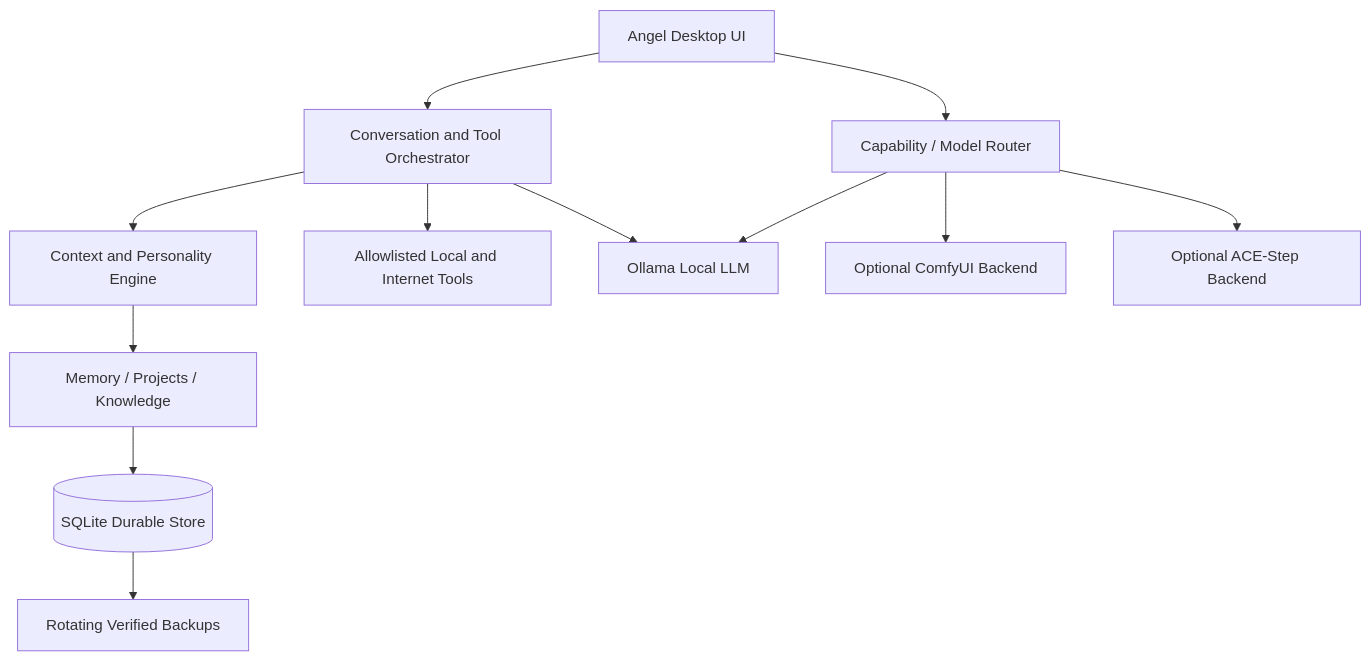
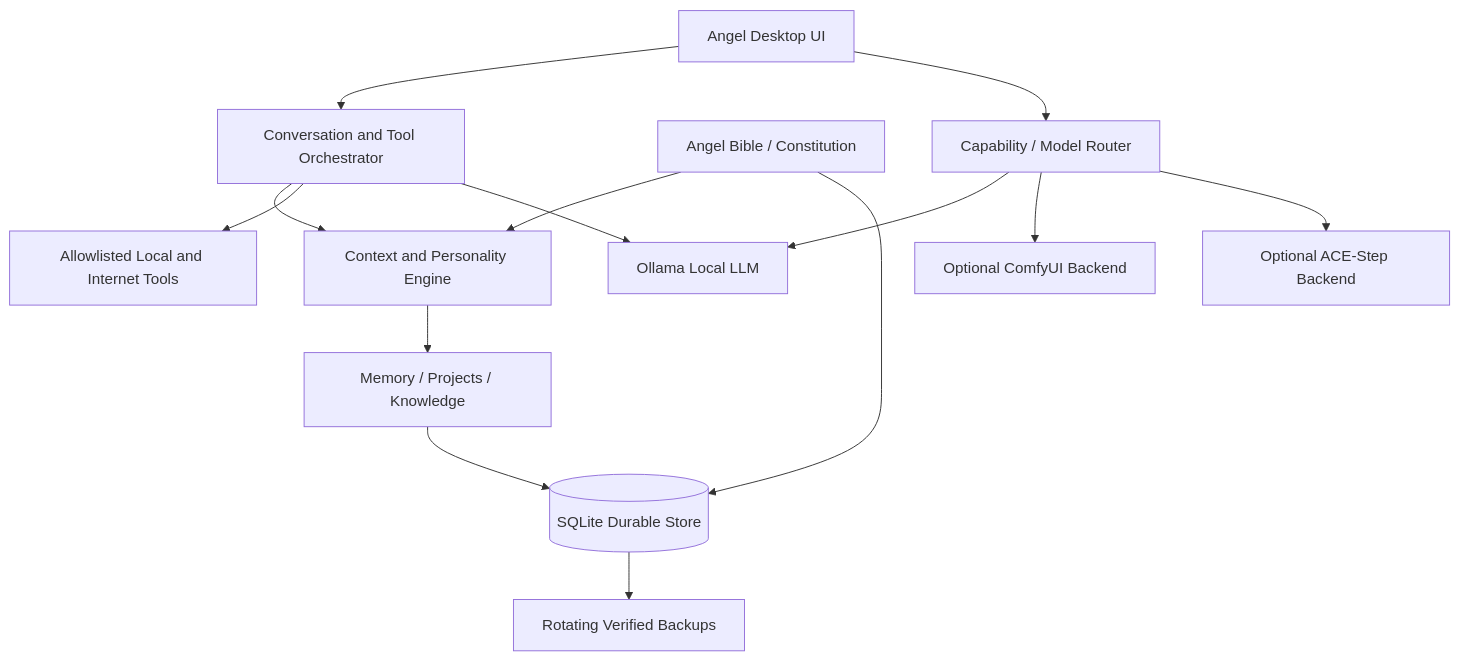
One commit to tcdoverlord/Angel-AI changed the diagram in README.md. Above: the diagram before and after it, drawn with Mermaid. The commit also changed other lines of this file and 19 other files, not shown here.

Commit message:
feat: add Angel Bible and constitutional knowledge layer

````diff
--- a/README.md
+++ b/README.md
@@ -65,14 +69,16 @@
 ```mermaid
 flowchart TD
     UI["Angel Desktop UI"] --> Brain["Conversation and Tool Orchestrator"]
     Brain --> Context["Context and Personality Engine"]
+    Bible["Angel Bible / Constitution"] --> Context
+    Bible --> SQLite
     Context --> Memory["Memory / Projects / Knowledge"]
     Memory --> SQLite[("SQLite Durable Store")]
     Brain --> Tools["Allowlisted Local and Internet Tools"]
     Brain --> Ollama["Ollama Local LLM"]
     UI --> Router["Capability / Model Router"]
     Router --> Ollama
     Router --> ComfyUI["Optional ComfyUI Backend"]
     Router --> ACEStep["Optional ACE-Step Backend"]
     SQLite --> Backups["Rotating Verified Backups"]
 ```
````
